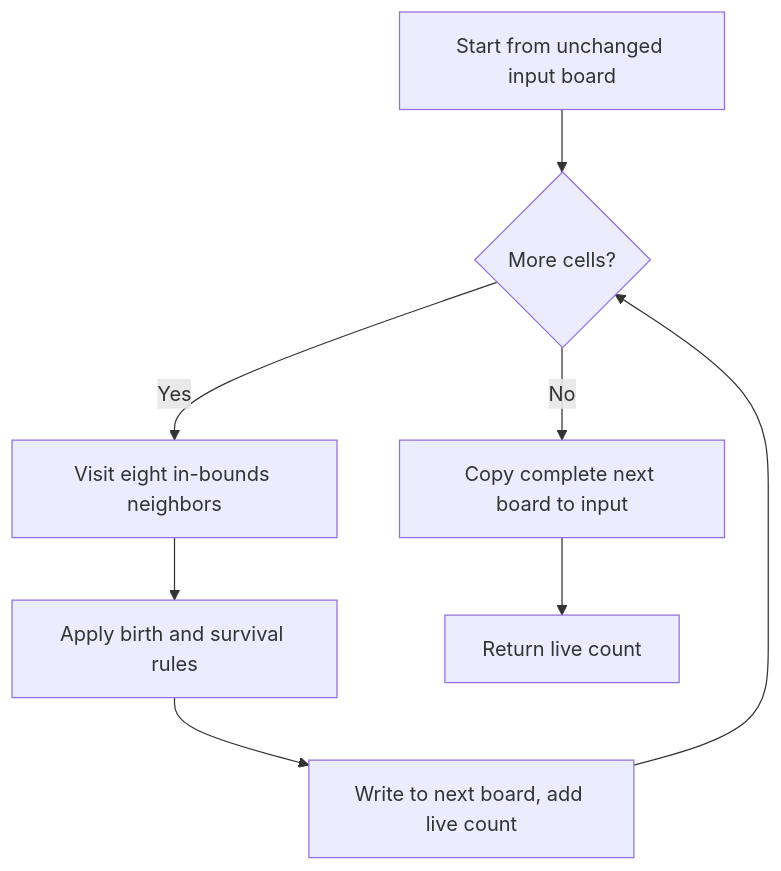
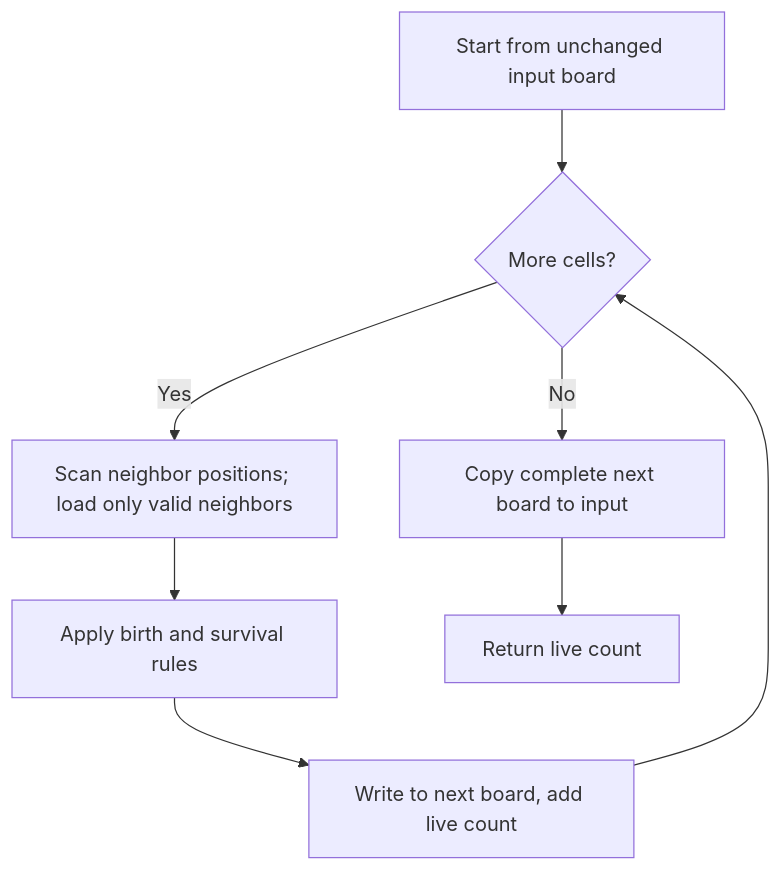
The first of 2 diagrams in dev/microwasm/examples/20-game-of-life.md (macchiato-dev/macchiato), drawn with Mermaid before and after one commit. The commit also changed other lines of this file and 5 other files, not shown here.

````diff
--- a/dev/microwasm/examples/20-game-of-life.md
+++ b/dev/microwasm/examples/20-game-of-life.md
@@ -33,10 +33,10 @@
 ```mermaid
 flowchart TD
     A[Start from unchanged input board] --> B{More cells?}
-    B -- Yes --> C[Visit eight in-bounds neighbors]
+    B -- Yes --> C[Scan neighbor positions; load only valid neighbors]
     C --> D[Apply birth and survival rules]
     D --> E[Write to next board, add live count]
     E --> B
     B -- No --> F[Copy complete next board to input]
     F --> R[Return live count]
 ```
````
